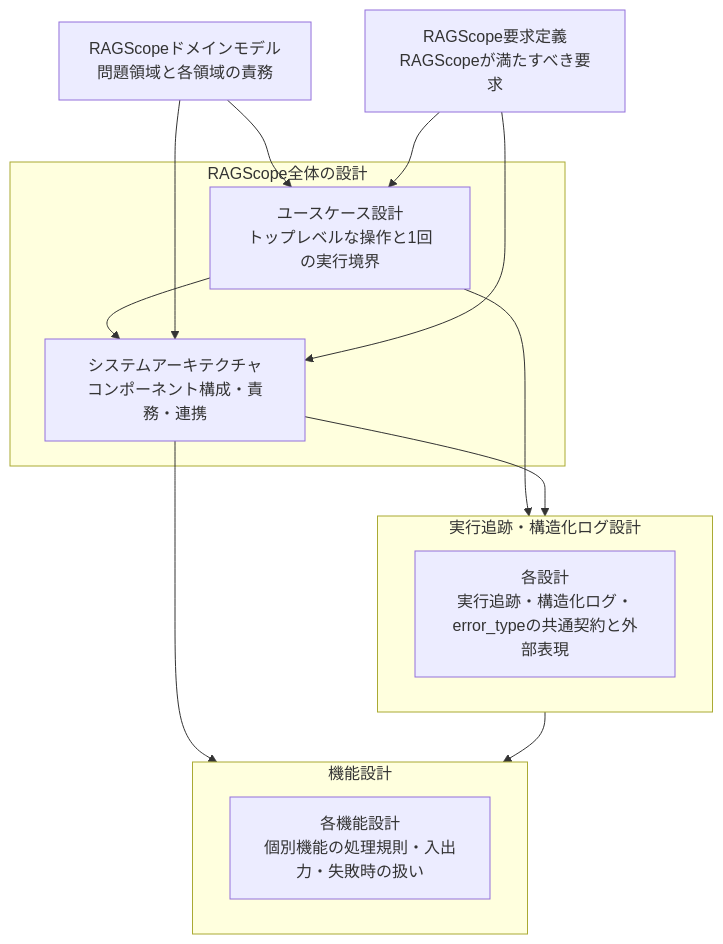
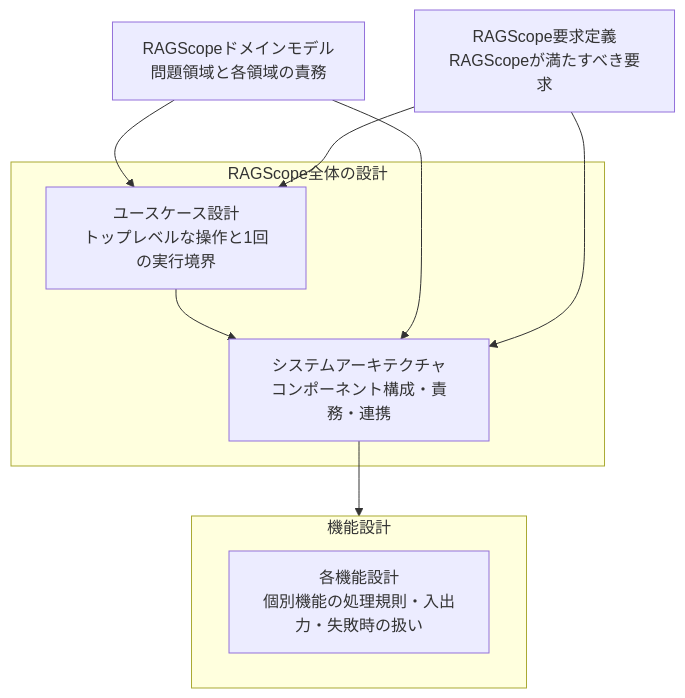
Before and after one commit to takashit16833/RAGScope: the diagram in project-docs/design/README.md, drawn with Mermaid. The commit also changed other lines of this file and 35 other files, not shown here.

````diff
--- a/project-docs/design/README.md
+++ b/project-docs/design/README.md
@@ -20,30 +19,22 @@
 ```mermaid
 flowchart TD
     Domain["RAGScopeドメインモデル<br>問題領域と各領域の責務"]
     Requirements["RAGScope要求定義<br>RAGScopeが満たすべき要求"]
 
     subgraph Core["RAGScope全体の設計"]
         UseCase["ユースケース設計<br>トップレベルな操作と1回の実行境界"]
         Architecture["システムアーキテクチャ<br>コンポーネント構成・責務・連携"]
         UseCase --> Architecture
     end
 
     subgraph Features["機能設計"]
         FeatureDesigns["各機能設計<br>個別機能の処理規則・入出力・失敗時の扱い"]
     end
 
-    subgraph Logging["実行追跡・構造化ログ設計"]
-        LoggingDesigns["各設計<br>実行追跡・構造化ログ・error_typeの共通契約と外部表現"]
-    end
-
     Domain --> UseCase
     Requirements --> UseCase
     Domain --> Architecture
     Requirements --> Architecture
 
     Architecture --> Features
-
-    UseCase --> Logging
-    Architecture --> Logging
-    Logging --> Features
 ```
````
